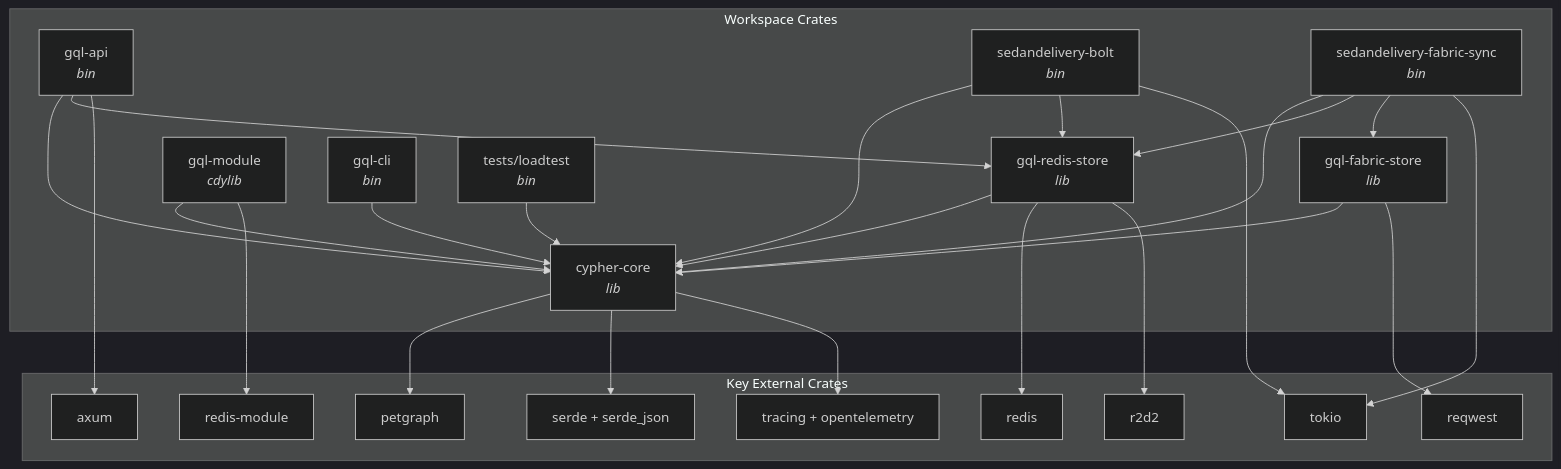
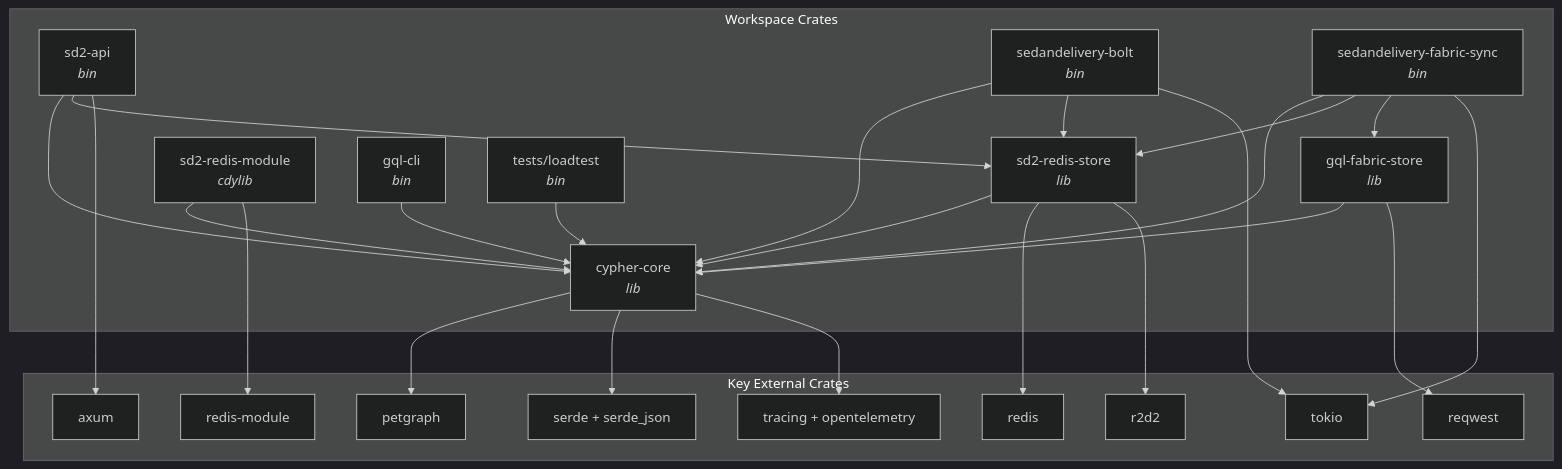
Before and after one commit to rysweet/SedanDelivery: the diagram in docs/atlas/compile-deps/dependencies.mmd, drawn with Mermaid (dark theme). The commit also changed 191 other files, not shown here.

First line of the commit message:
refactor: rename gql-module, gql-redis-store, gql-api to sd2- prefix (#1097)

```diff
--- a/docs/atlas/compile-deps/dependencies.mmd
+++ b/docs/atlas/compile-deps/dependencies.mmd
@@ -1,48 +1,48 @@
 graph TD
     subgraph workspace["Workspace Crates"]
         cypher_core["cypher-core<br/><i>lib</i>"]
-        gql_redis["gql-redis-store<br/><i>lib</i>"]
+        gql_redis["sd2-redis-store<br/><i>lib</i>"]
         gql_fabric["gql-fabric-store<br/><i>lib</i>"]
-        gql_module["gql-module<br/><i>cdylib</i>"]
-        gql_api["gql-api<br/><i>bin</i>"]
+        sd2_redis_module["sd2-redis-module<br/><i>cdylib</i>"]
+        sd2_api["sd2-api<br/><i>bin</i>"]
         gql_cli["gql-cli<br/><i>bin</i>"]
         bolt["sedandelivery-bolt<br/><i>bin</i>"]
         sync["sedandelivery-fabric-sync<br/><i>bin</i>"]
         loadtest["tests/loadtest<br/><i>bin</i>"]
     end
 
     subgraph external["Key External Crates"]
         redis_crate["redis"]
         r2d2_crate["r2d2"]
         axum_crate["axum"]
         tokio_crate["tokio"]
         reqwest_crate["reqwest"]
         redis_module_crate["redis-module"]
         petgraph_crate["petgraph"]
         serde_crate["serde + serde_json"]
         tracing_crate["tracing + opentelemetry"]
     end
 
     gql_redis --> cypher_core
     gql_fabric --> cypher_core
-    gql_module --> cypher_core
+    sd2_redis_module --> cypher_core
     gql_cli --> cypher_core
-    gql_api --> cypher_core
-    gql_api --> gql_redis
+    sd2_api --> cypher_core
+    sd2_api --> gql_redis
     bolt --> cypher_core
     bolt --> gql_redis
     sync --> cypher_core
     sync --> gql_redis
     sync --> gql_fabric
     loadtest --> cypher_core
 
     cypher_core --> petgraph_crate
     cypher_core --> serde_crate
     gql_redis --> redis_crate
     gql_redis --> r2d2_crate
     gql_fabric --> reqwest_crate
-    gql_module --> redis_module_crate
-    gql_api --> axum_crate
+    sd2_redis_module --> redis_module_crate
+    sd2_api --> axum_crate
     bolt --> tokio_crate
     sync --> tokio_crate
     cypher_core --> tracing_crate
```
